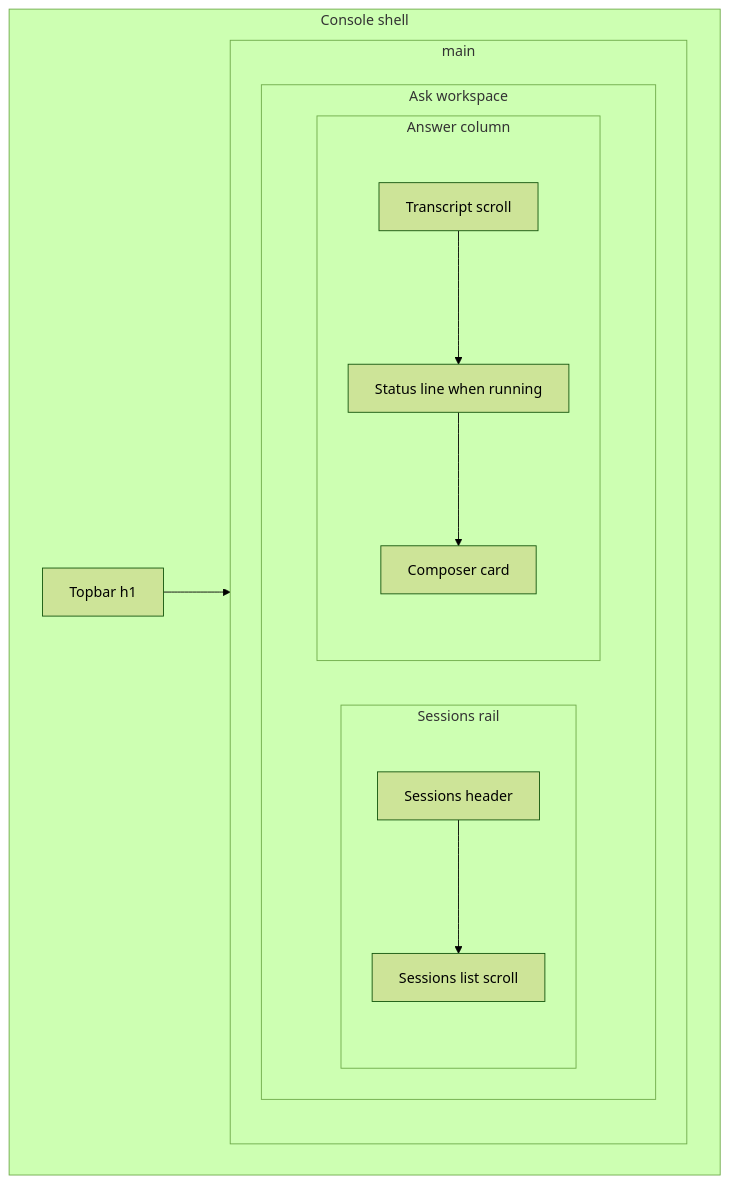
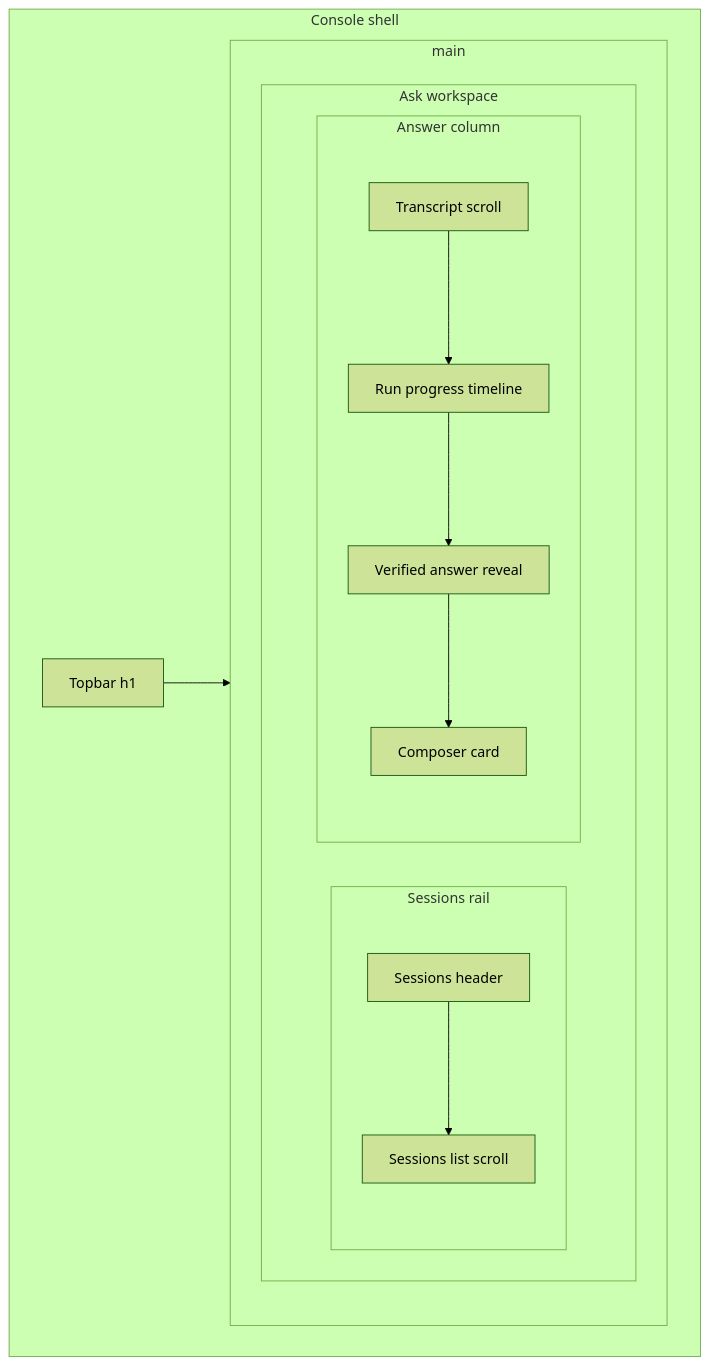
Before and after one commit to Nagdy8888/smart-rag: the first of 3 diagrams in docs/frontend/workspace-screens.md, drawn with Mermaid (forest theme). The commit also changed other lines of this file and 238 other files, not shown here.

````diff
--- a/docs/frontend/workspace-screens.md
+++ b/docs/frontend/workspace-screens.md
@@ -93,23 +93,25 @@
 ```mermaid
 flowchart TB
   subgraph shell [Console shell]
     topbar[Topbar h1]
     subgraph mainArea [main]
       subgraph workspace [Ask workspace]
         subgraph sessionsRail [Sessions rail]
           sessionsHeader[Sessions header]
           sessionsList[Sessions list scroll]
         end
         subgraph answerColumn [Answer column]
           conversation[Transcript scroll]
-          statusLine[Status line when running]
-          composer[Composer card]
+        timeline[Run progress timeline]
+        reveal[Verified answer reveal]
+        composer[Composer card]
         end
       end
     end
   end
   topbar --> mainArea
   sessionsHeader --> sessionsList
-  conversation --> statusLine
-  statusLine --> composer
+  conversation --> timeline
+  timeline --> reveal
+  reveal --> composer
 ```
````
